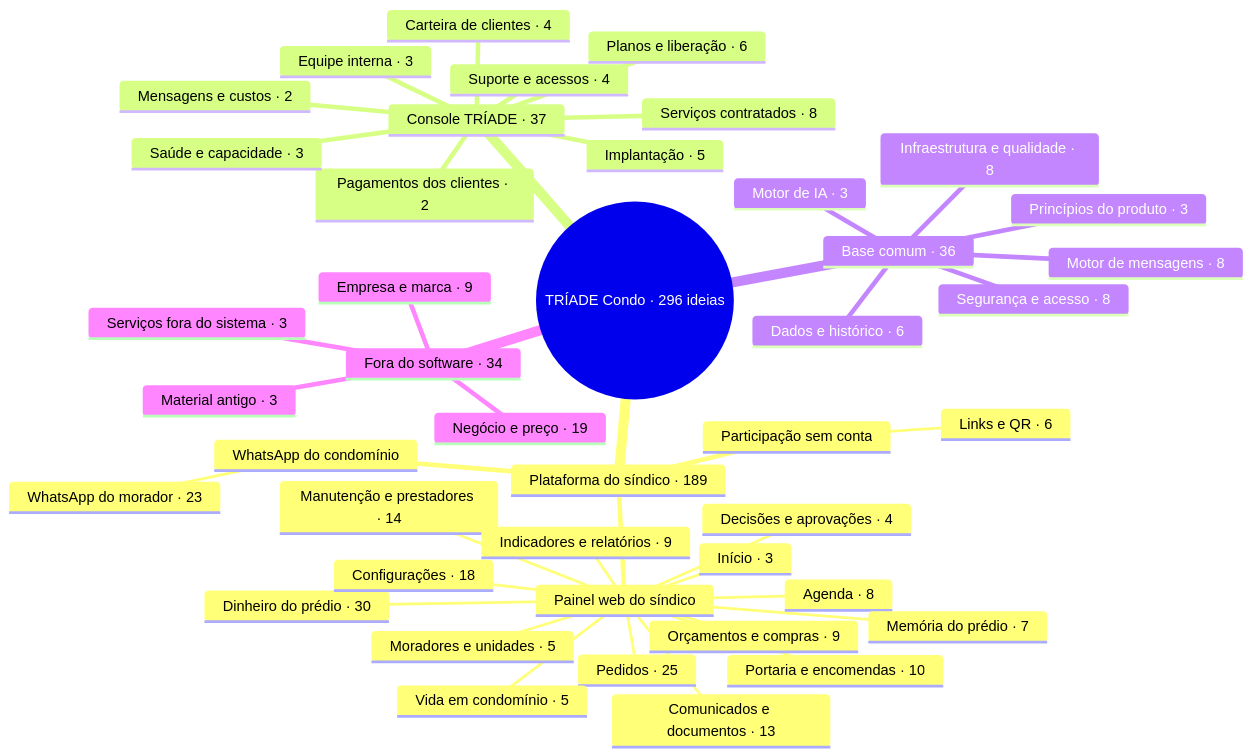
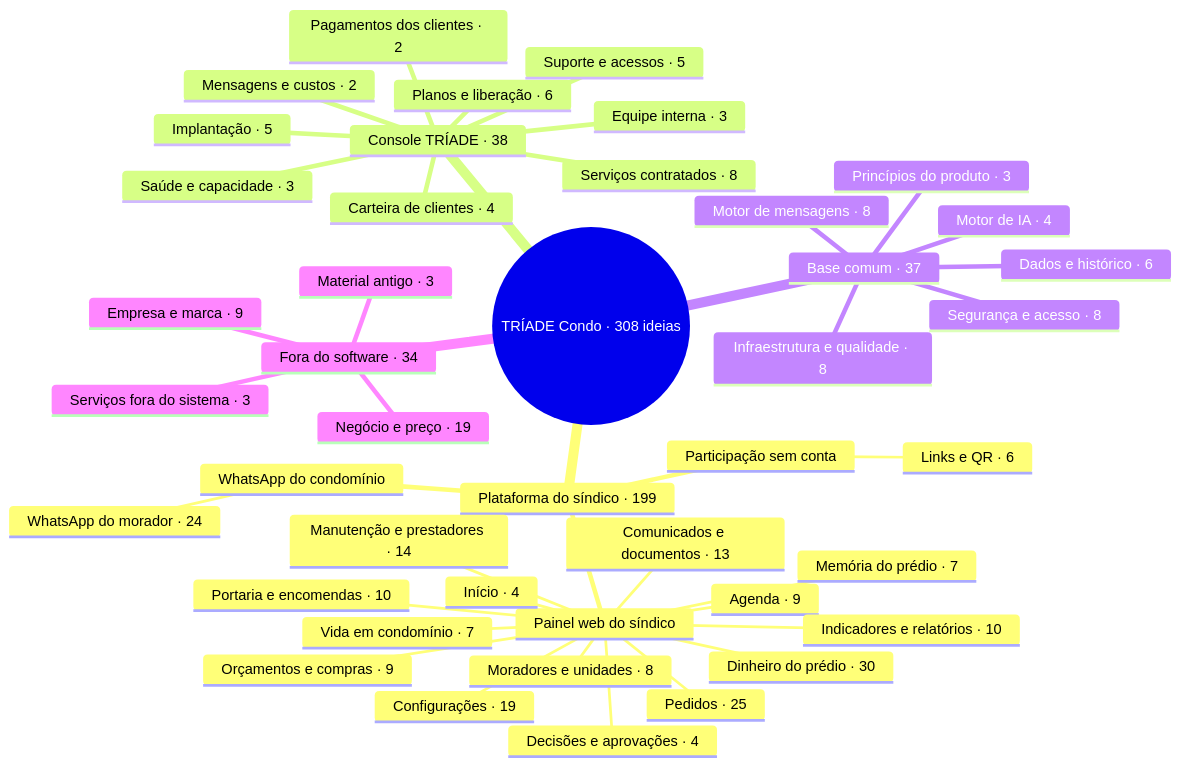
The diagram in triade-condo/MAPA.md (triade-prog/triade-condo), drawn with Mermaid before and after one commit. The commit also changed other lines of this file and 5 other files, not shown here.

First line of the commit message:
Registra 12 ideias vistas no SeuCondomínio (296 para 308)

````diff
--- a/triade-condo/MAPA.md
+++ b/triade-condo/MAPA.md
@@ -20,46 +20,46 @@
 ```mermaid
 mindmap
-  root((TRÍADE Condo · 296 ideias))
-    Plataforma do síndico · 189
+  root((TRÍADE Condo · 308 ideias))
+    Plataforma do síndico · 199
       Painel web do síndico
-        Início · 3
+        Início · 4
         Pedidos · 25
         Decisões e aprovações · 4
-        Moradores e unidades · 5
+        Moradores e unidades · 8
         Comunicados e documentos · 13
         Manutenção e prestadores · 14
-        Agenda · 8
+        Agenda · 9
         Orçamentos e compras · 9
         Dinheiro do prédio · 30
         Portaria e encomendas · 10
-        Vida em condomínio · 5
-        Indicadores e relatórios · 9
+        Vida em condomínio · 7
+        Indicadores e relatórios · 10
         Memória do prédio · 7
-        Configurações · 18
+        Configurações · 19
       WhatsApp do condomínio
-        WhatsApp do morador · 23
+        WhatsApp do morador · 24
       Participação sem conta
         Links e QR · 6
-    Console TRÍADE · 37
+    Console TRÍADE · 38
       Carteira de clientes · 4
       Implantação · 5
       Planos e liberação · 6
       Pagamentos dos clientes · 2
-      Suporte e acessos · 4
+      Suporte e acessos · 5
       Serviços contratados · 8
       Equipe interna · 3
       Saúde e capacidade · 3
       Mensagens e custos · 2
-    Base comum · 36
+    Base comum · 37
       Segurança e acesso · 8
       Dados e histórico · 6
       Motor de mensagens · 8
       Infraestrutura e qualidade · 8
       Princípios do produto · 3
-      Motor de IA · 3
+      Motor de IA · 4
     Fora do software · 34
       Serviços fora do sistema · 3
       Negócio e preço · 19
       Empresa e marca · 9
       Material antigo · 3
 ```
````
